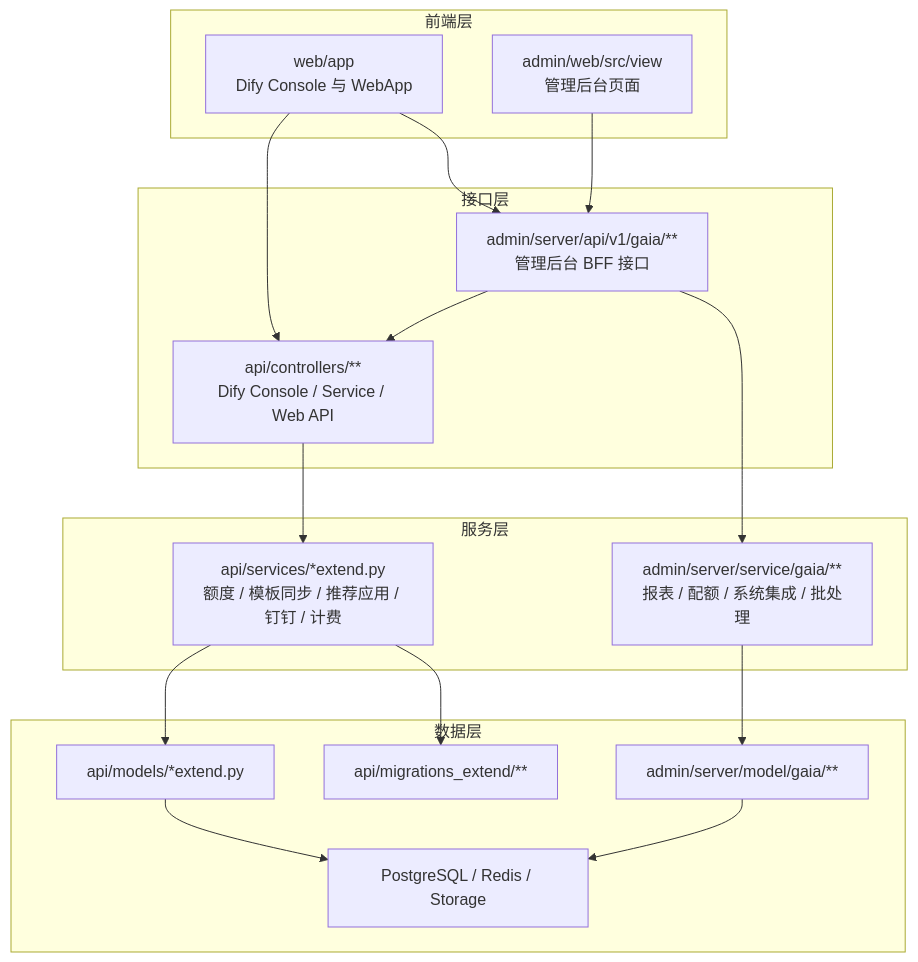
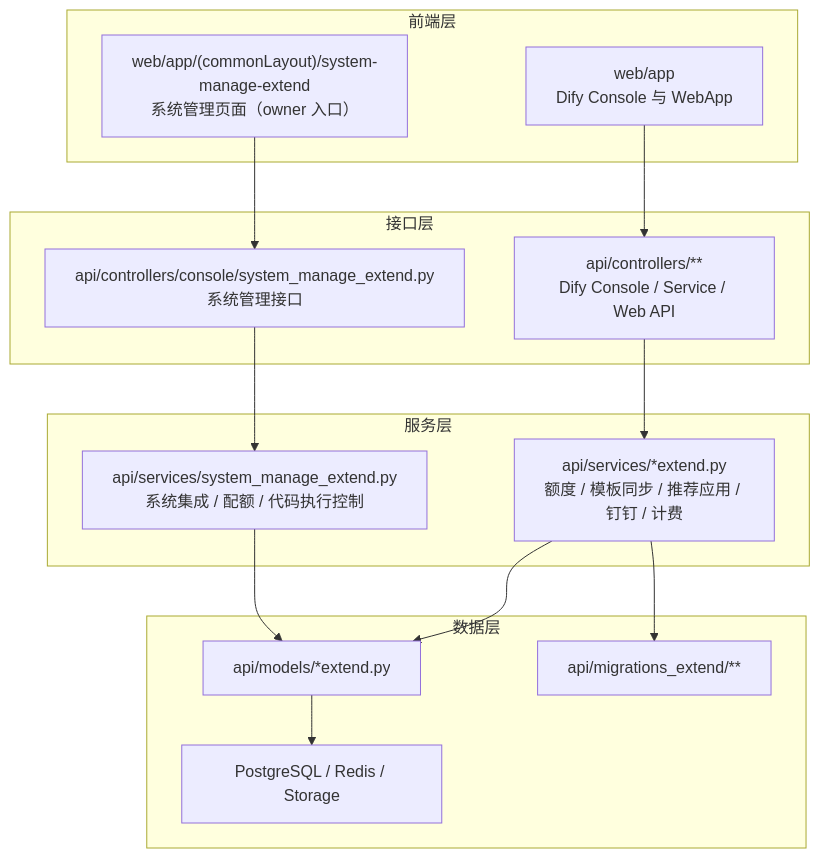
One commit to YFGaia/dify-plus changed the second of 4 diagrams in docs/dify-plus/整体架构图.md. Above: the diagram before and after it, drawn with Mermaid. The commit also changed other lines of this file and 6 other files, not shown here.

````diff
--- a/docs/dify-plus/整体架构图.md
+++ b/docs/dify-plus/整体架构图.md
@@ -38,36 +33,32 @@
 ```mermaid
 flowchart TB
     subgraph WebLayer["前端层"]
       W1["web/app<br/>Dify Console 与 WebApp"]
-      W2["admin/web/src/view<br/>管理后台页面"]
+      W2["web/app/(commonLayout)/system-manage-extend<br/>系统管理页面（owner 入口）"]
     end
 
     subgraph ApiLayer["接口层"]
       A1["api/controllers/**<br/>Dify Console / Service / Web API"]
-      A2["admin/server/api/v1/gaia/**<br/>管理后台 BFF 接口"]
+      A2["api/controllers/console/system_manage_extend.py<br/>系统管理接口"]
     end
 
     subgraph ServiceLayer["服务层"]
       S1["api/services/*extend.py<br/>额度 / 模板同步 / 推荐应用 / 钉钉 / 计费"]
-      S2["admin/server/service/gaia/**<br/>报表 / 配额 / 系统集成 / 批处理"]
+      S2["api/services/system_manage_extend.py<br/>系统集成 / 配额 / 代码执行控制"]
     end
 
     subgraph DataLayer["数据层"]
       D1["api/models/*extend.py"]
       D2["api/migrations_extend/**"]
-      D3["admin/server/model/gaia/**"]
-      D4["PostgreSQL / Redis / Storage"]
+      D3["PostgreSQL / Redis / Storage"]
     end
 
     W1 --> A1
-    W1 --> A2
     W2 --> A2
-    A2 --> A1
     A1 --> S1
     A2 --> S2
     S1 --> D1
     S1 --> D2
-    S2 --> D3
-    D1 --> D4
-    D3 --> D4
+    S2 --> D1
+    D1 --> D3
 ```
````
